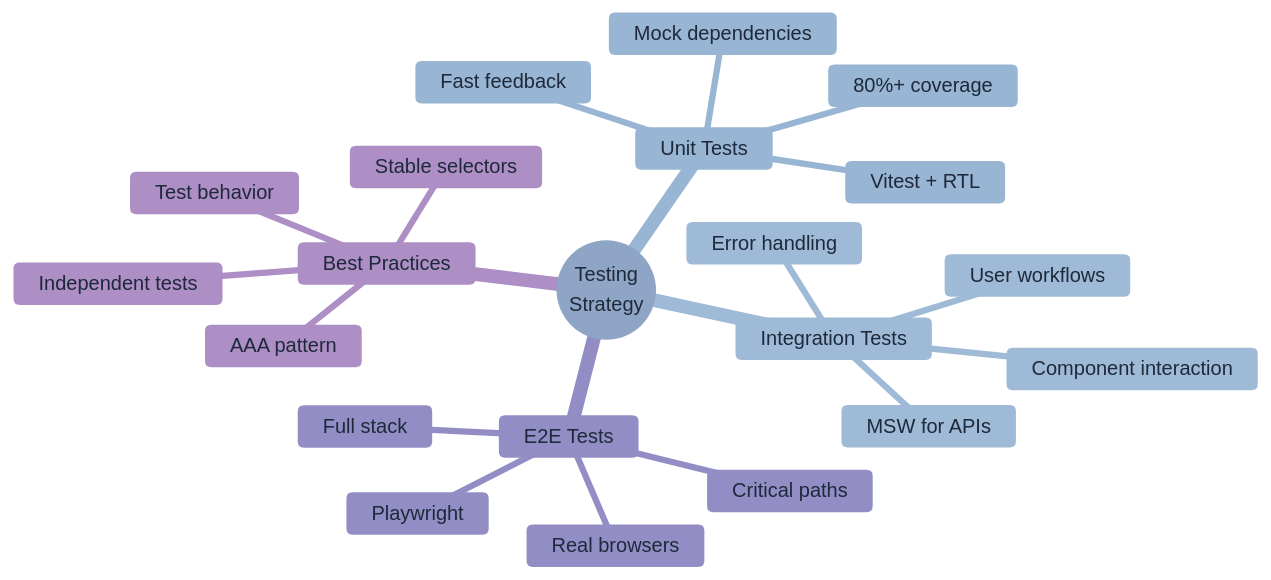
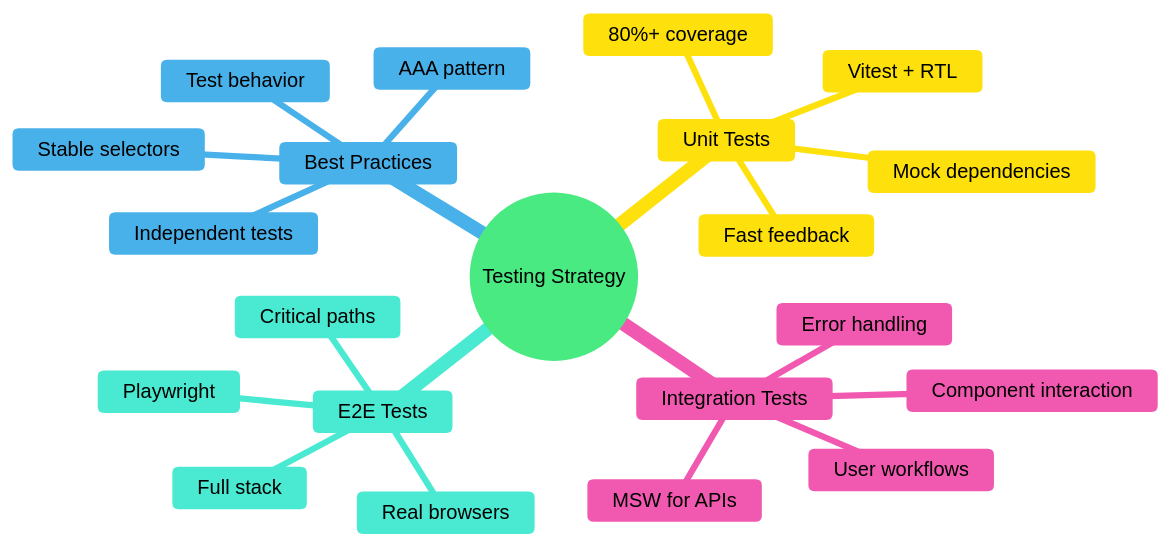
One commit to 3DHDSoft/devmultiplier-academy changed the sixth of 6 diagrams in doc/testing-strategy-nextjs.md. Above: the diagram before and after it, drawn with Mermaid. The commit also changed other lines of this file and 17 other files, not shown here.

````diff
--- a/doc/testing-strategy-nextjs.md
+++ b/doc/testing-strategy-nextjs.md
@@ -889,34 +947,37 @@
 ```mermaid
-%%{init: {'theme': 'base', 'themeVariables': {
-  'primaryColor': '#e2e8f0',
-  'primaryTextColor': '#1e293b',
-  'primaryBorderColor': '#cbd5e1',
-  'lineColor': '#94a3b8',
-  'secondaryColor': '#f1f5f9',
-  'tertiaryColor': '#f8fafc',
-  'background': '#ffffff',
-  'textColor': '#334155',
-  'fontFamily': 'system-ui, -apple-system, sans-serif'
-}}}%%mindmap
-  root((Testing<br/>Strategy))
+%%{init: {
+  'theme': 'base',
+  'themeVariables': {
+    'primaryColor': '#bbf7d0',
+    'secondaryColor': '#fef08a',
+    'tertiaryColor': '#fbcfe8',
+    'primaryTextColor': '#000000',
+    'secondaryTextColor': '#000000',
+    'tertiaryTextColor': '#000000',
+    'lineColor': '#000000',
+    'textColor': '#000000'
+  }
+}}%%
+mindmap
+  root((Testing Strategy))
     Unit Tests
       Fast feedback
       80%+ coverage
       Vitest + RTL
       Mock dependencies
     Integration Tests
       Component interaction
       MSW for APIs
       User workflows
       Error handling
     E2E Tests
       Critical paths
       Playwright
       Real browsers
       Full stack
     Best Practices
       Test behavior
       AAA pattern
       Independent tests
       Stable selectors
 ```
````
